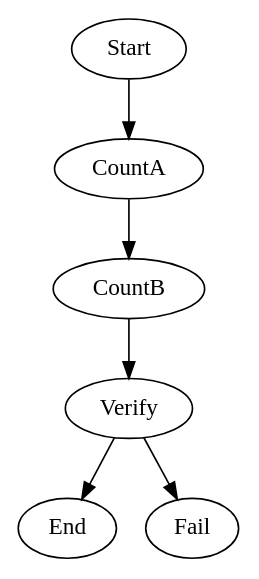
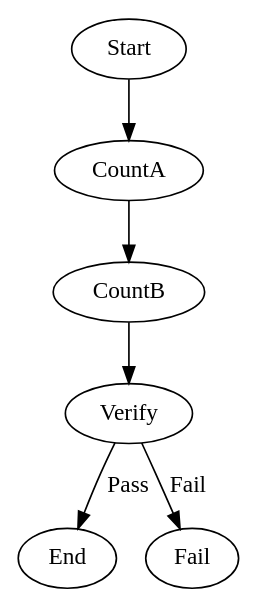
One commit to stencila/stencila changed the diagram in .stencila/workflows/test-overrides/WORKFLOW.md. Above: the diagram before and after it, drawn with Graphviz. The commit also changed 21 other files, not shown here.

````diff
--- a/.stencila/workflows/test-overrides/WORKFLOW.md
+++ b/.stencila/workflows/test-overrides/WORKFLOW.md
@@ -13,17 +13,17 @@
 ```dot
 digraph Workflow {
   Start -> CountA
 
   CountA [prompt="Reply with ONLY the number: 1", class="precise"]
   CountA -> CountB
 
   CountB [prompt="Reply with ONLY the number: 2", class="precise"]
   CountB -> Verify
 
-  Verify [prompt="Are the outputs from the previous stages numbers 1 and 2? Reply with ONLY yes or no in lowercase."]
-  Verify -> End  [condition="context.last_output=yes"]
-  Verify -> Fail
+  Verify [prompt="Are the outputs from the previous stages numbers 1 and 2? Verify the result and choose Pass or Fail."]
+  Verify -> End  [label="Pass"]
+  Verify -> Fail [label="Fail"]
 
   Fail
 }
 ```
````
